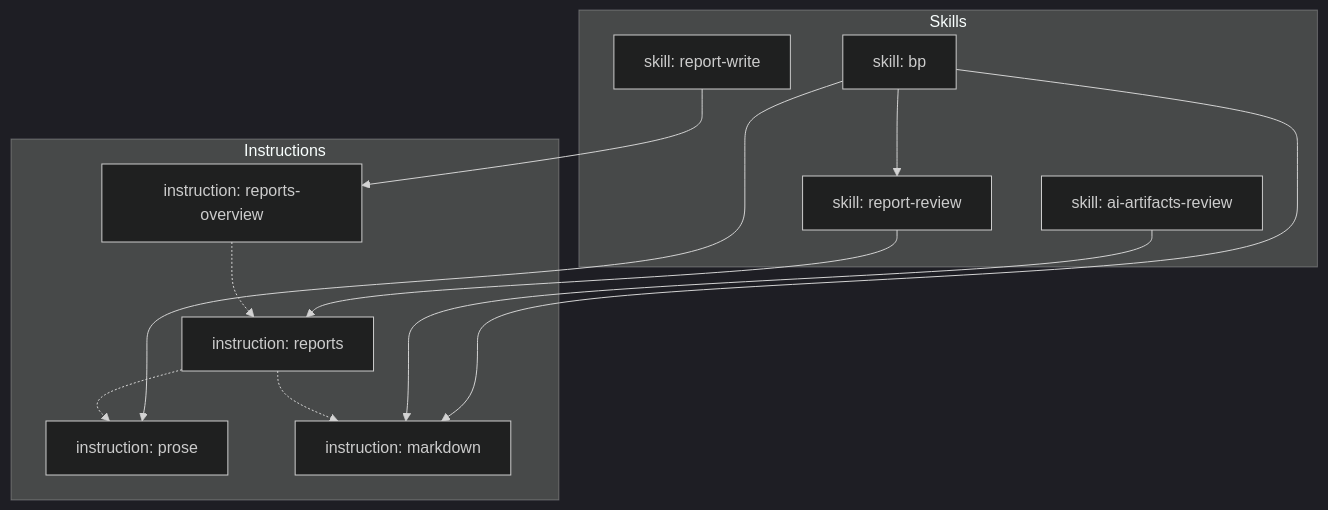
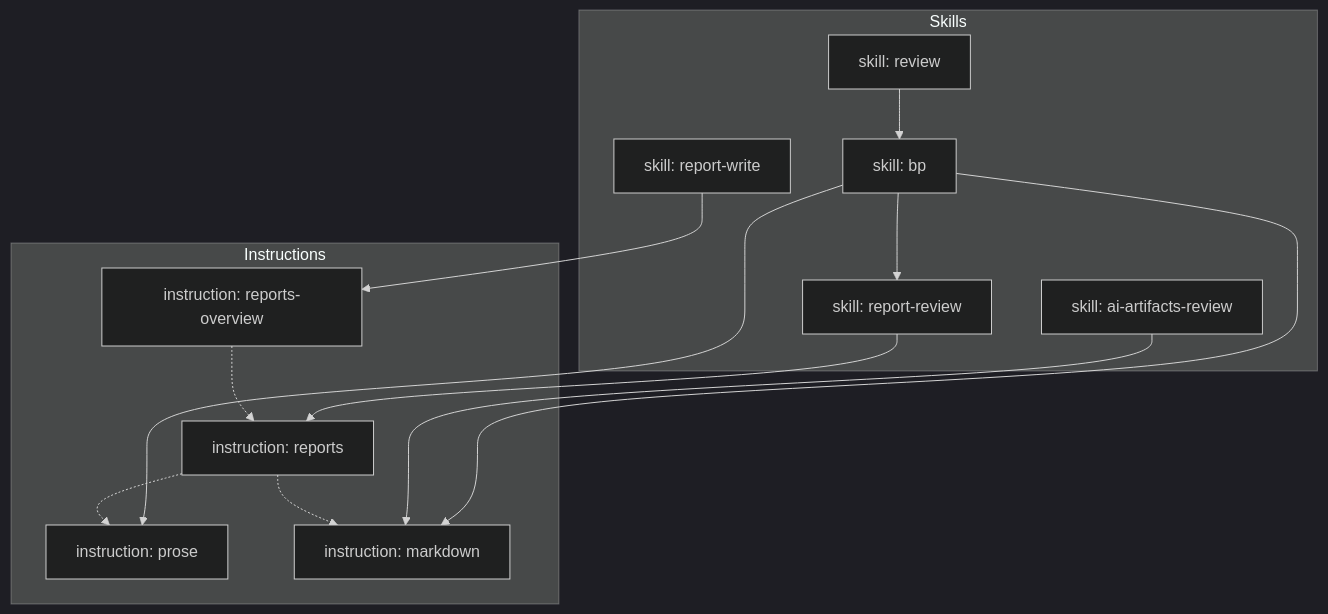
Before and after one commit to SavenkovIgor/railing: the diagram in README.md, drawn with Mermaid (dark theme). The commit also changed other lines of this file and 3 other files, not shown here.

First line of the commit message:
Add review skill for code change assessment (#79)

````diff
--- a/README.md
+++ b/README.md
@@ -38,26 +46,28 @@
 ```mermaid
 flowchart TD
     subgraph SK["Skills"]
         BP["skill: bp"]
         RR["skill: report-review"]
         RW["skill: report-write"]
         AAR["skill: ai-artifacts-review"]
+        RV["skill: review"]
     end
 
     subgraph IN["Instructions"]
         REP["instruction: reports"]
         RO["instruction: reports-overview"]
         PR["instruction: prose"]
         MD["instruction: markdown"]
     end
 
     BP --> RR
+    RV --> BP
     BP --> PR
     BP --> MD
     RR --> REP
     RW --> RO
     AAR --> MD
     RO -.-> REP
     REP -.-> PR
     REP -.-> MD
 ```
````
